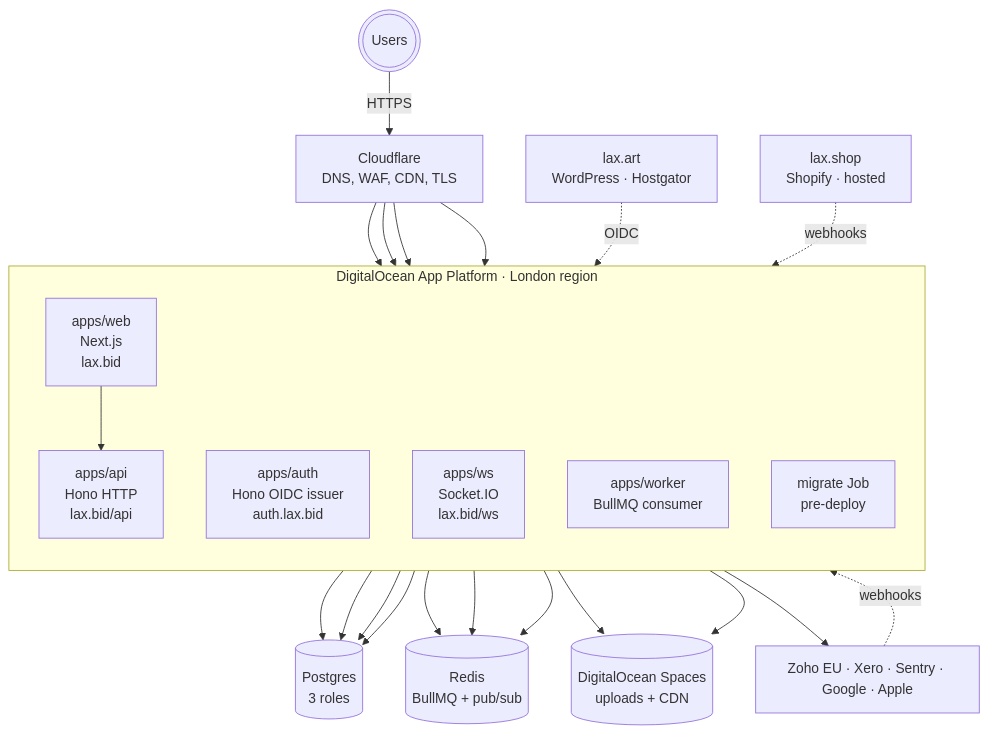
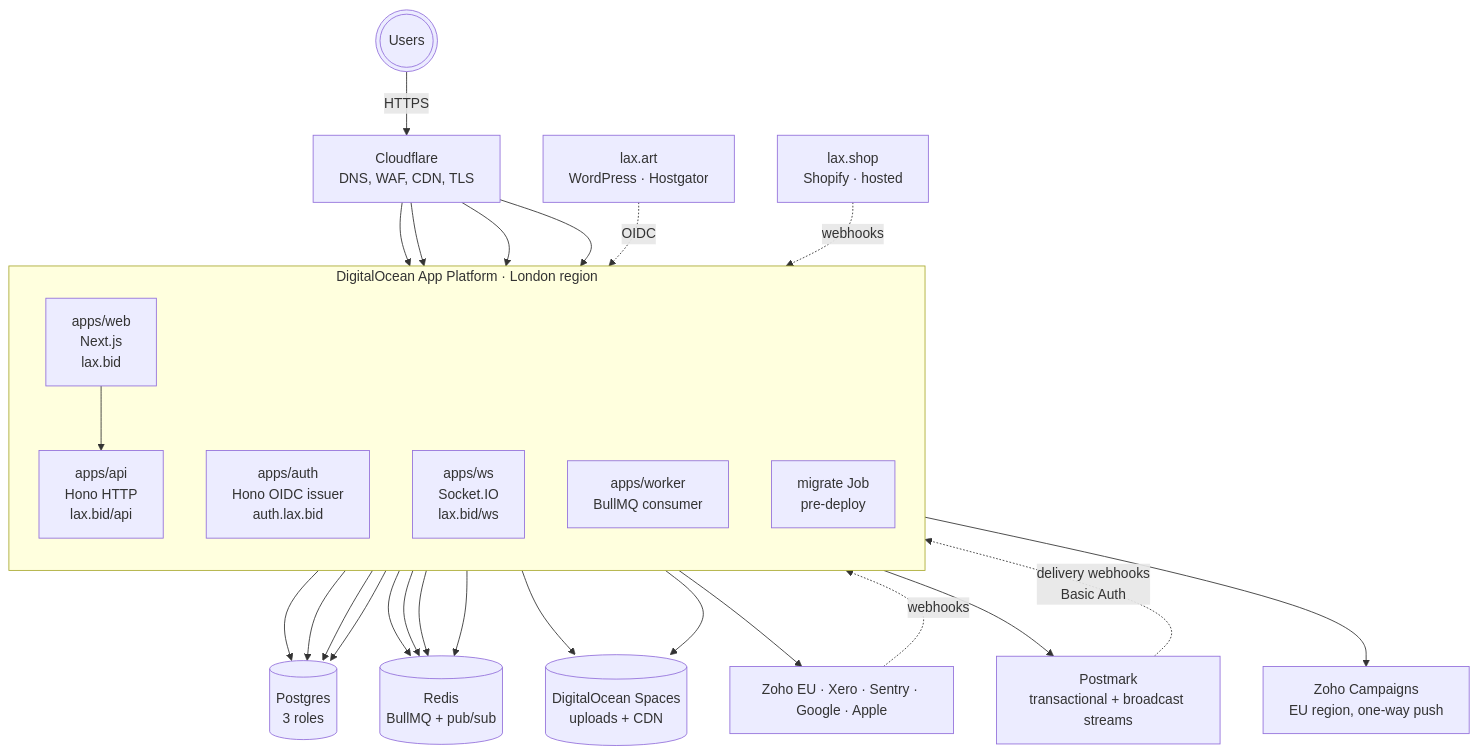
One commit to LAX-UK/monorepo changed the diagram in docs/architecture/06-deployment.md. Above: the diagram before and after it, drawn with Mermaid. The commit also changed other lines of this file and 24 other files, not shown here.

````diff
--- a/docs/architecture/06-deployment.md
+++ b/docs/architecture/06-deployment.md
@@ -17,46 +18,52 @@
 ```mermaid
 flowchart TB
   Users(((Users)))
   CF[Cloudflare<br/>DNS, WAF, CDN, TLS]
 
   subgraph DO[DigitalOcean App Platform · London region]
     direction TB
     Web[apps/web<br/>Next.js<br/>lax.bid]
     Auth[apps/auth<br/>Hono OIDC issuer<br/>auth.lax.bid]
     Api[apps/api<br/>Hono HTTP<br/>lax.bid/api]
     WS[apps/ws<br/>Socket.IO<br/>lax.bid/ws]
     Worker[apps/worker<br/>BullMQ consumer]
     Migrate[migrate Job<br/>pre-deploy]
   end
 
   PG[(Postgres<br/>3 roles)]
   Redis[(Redis<br/>BullMQ + pub/sub)]
   Spaces[(DigitalOcean Spaces<br/>uploads + CDN)]
 
   WP[lax.art<br/>WordPress · Hostgator]
   Shop[lax.shop<br/>Shopify · hosted]
 
   External[Zoho EU · Xero · Sentry · Google · Apple]
+  Postmark[Postmark<br/>transactional + broadcast streams]
+  ZohoCamp[Zoho Campaigns<br/>EU region, one-way push]
 
   Users -->|HTTPS| CF
   CF --> Web
   CF --> Auth
   CF --> Api
   CF --> WS
 
   Web --> Api
   Auth --> PG
+  Auth --> Redis
   Api --> PG
   Api --> Redis
   Api --> Spaces
   WS --> Redis
   Worker --> PG
   Worker --> Redis
   Worker --> Spaces
   Worker --> External
+  Worker --> Postmark
+  Worker --> ZohoCamp
   Migrate --> PG
 
   WP -.->|OIDC| Auth
   Shop -.->|webhooks| Api
   External -.->|webhooks| Api
+  Postmark -.->|delivery webhooks<br/>Basic Auth| Api
 ```
````
